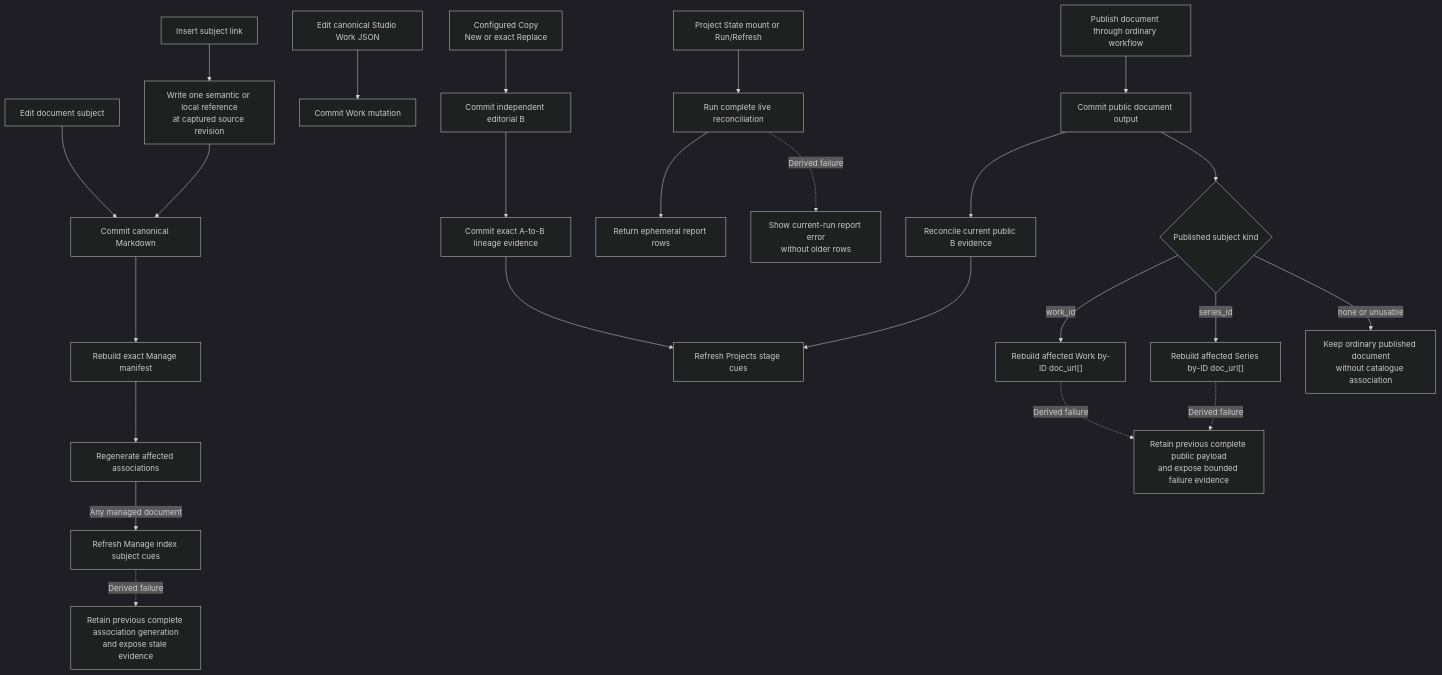
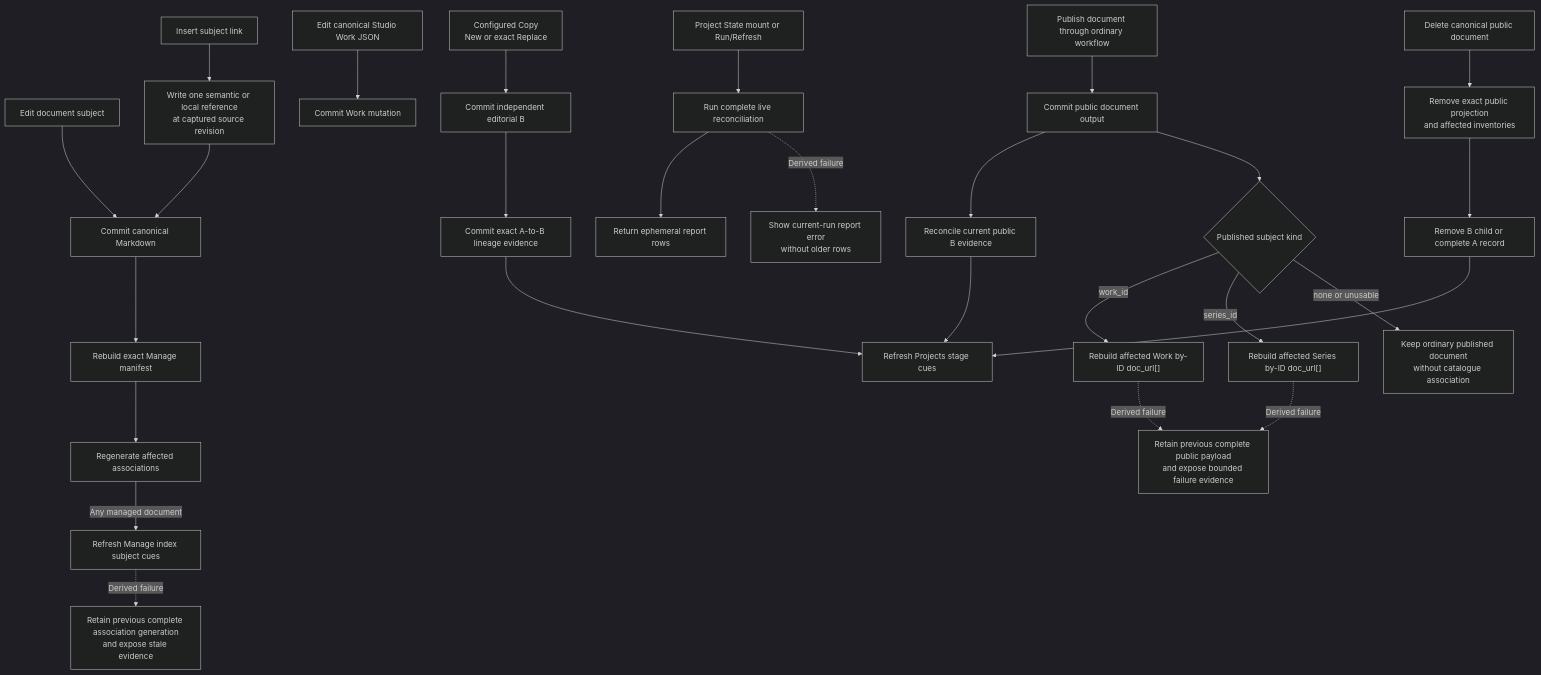
The third of 3 diagrams in docs-viewer/scopes/studio/source/documents/d-20260802-194358-7717ee.md (dotlineform/dotlineform-site), drawn with Mermaid (dark theme) before and after one commit. The commit also changed other lines of this file and 16 other files, not shown here.

````diff
--- a/docs-viewer/scopes/studio/source/documents/d-20260802-194358-7717ee.md
+++ b/docs-viewer/scopes/studio/source/documents/d-20260802-194358-7717ee.md
@@ -282,35 +284,38 @@
 ```mermaid
 flowchart TD
     accTitle: Sub-Scope Publishing mutation and refresh boundaries
-    accDescr: Canonical mutations retain their owners; Copy records exact lineage, Publish records current public evidence, subject links remain authored snapshots, and public catalogue metadata follows exact published subjects.
+    accDescr: Canonical mutations retain their owners; Copy records Working-owned Editorial children, Publish records current public evidence, Delete removes obsolete public projections, and public catalogue metadata follows exact published subjects.
 
     docEdit["Edit document subject"] --> docCommit["Commit canonical Markdown"]
     docCommit --> manageBuild["Rebuild exact Manage manifest"]
     manageBuild --> associationBuild["Regenerate affected associations"]
     associationBuild -->|"Any managed document"| indexCues["Refresh Manage index subject cues"]
 
     sourceAction["Insert subject link"] --> sourceSnapshot["Write one semantic or local reference<br/>at captured source revision"]
     sourceSnapshot --> docCommit
 
     workEdit["Edit canonical Studio Work JSON"] --> workCommit["Commit Work mutation"]
 
     reportRun["Project State mount or Run/Refresh"] --> projectRefresh["Run complete live reconciliation"]
     projectRefresh --> reportRows["Return ephemeral report rows"]
 
     copyChoice["Configured Copy<br/>New or exact Replace"] --> editorialCommit["Commit independent editorial B"]
     editorialCommit --> lineageCopy["Commit exact A-to-B lineage evidence"]
 
     publish["Publish document through ordinary workflow"] --> publicDocs["Commit public document output"]
     publicDocs --> lineagePublish["Reconcile current public B evidence"]
+    deleteDoc["Delete canonical public document"] --> publicDelete["Remove exact public projection<br/>and affected inventories"]
+    publicDelete --> lineageDelete["Remove B child or complete A record"]
     lineageCopy --> publicationCues["Refresh Projects stage cues"]
     lineagePublish --> publicationCues
+    lineageDelete --> publicationCues
     publicDocs --> subjectRoute{"Published subject kind"}
     subjectRoute -->|"work_id"| workJson["Rebuild affected Work by-ID doc_url[]"]
     subjectRoute -->|"series_id"| seriesJson["Rebuild affected Series by-ID doc_url[]"]
     subjectRoute -->|"none or unusable"| ordinaryPublic["Keep ordinary published document<br/>without catalogue association"]
 
     projectRefresh -. "Derived failure" .-> reportFailure["Show current-run report error<br/>without older rows"]
     indexCues -. "Derived failure" .-> privateStale["Retain previous complete association generation<br/>and expose stale evidence"]
     workJson -. "Derived failure" .-> publicStale["Retain previous complete public payload<br/>and expose bounded failure evidence"]
     seriesJson -. "Derived failure" .-> publicStale
 ```
````
